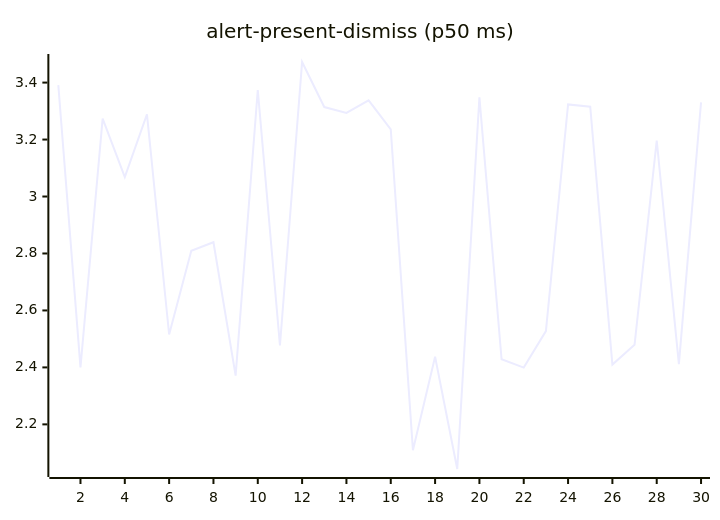
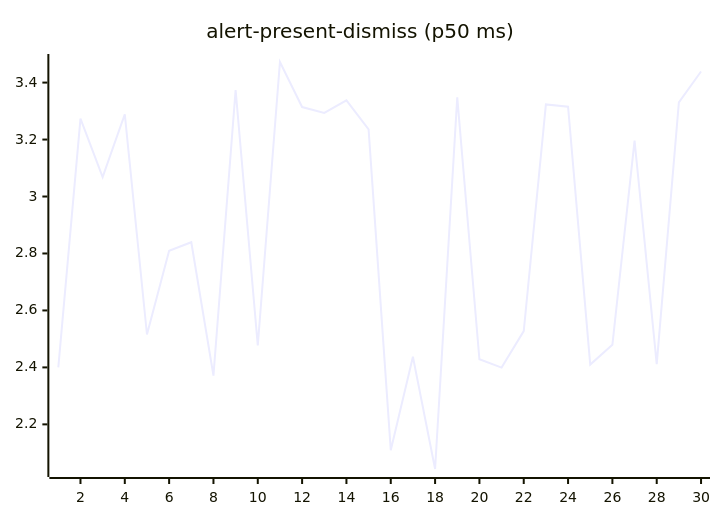
One commit to josha/Facet changed the second of 27 diagrams in README.md. Above: the diagram before and after it, drawn with Mermaid. The commit also changed other lines of this file and 2 other files, not shown here.

````diff
--- a/README.md
+++ b/README.md
@@ -70,6 +70,6 @@
 ```mermaid
 xychart-beta
     title "alert-present-dismiss (p50 ms)"
     x-axis 1 --> 30
-    line [3.3910, 2.4000, 3.2732, 3.0684, 3.2888, 2.5156, 2.8095, 2.8395, 2.3714, 3.3741, 2.4770, 3.4723, 3.3142, 3.2934, 3.3378, 3.2358, 2.1094, 2.4372, 2.0433, 3.3486, 2.4287, 2.3992, 2.5276, 3.3233, 3.3156, 2.4099, 2.4796, 3.1966, 2.4115, 3.3306]
+    line [2.4000, 3.2732, 3.0684, 3.2888, 2.5156, 2.8095, 2.8395, 2.3714, 3.3741, 2.4770, 3.4723, 3.3142, 3.2934, 3.3378, 3.2358, 2.1094, 2.4372, 2.0433, 3.3486, 2.4287, 2.3992, 2.5276, 3.3233, 3.3156, 2.4099, 2.4796, 3.1966, 2.4115, 3.3306, 3.4390]
 ```
````
